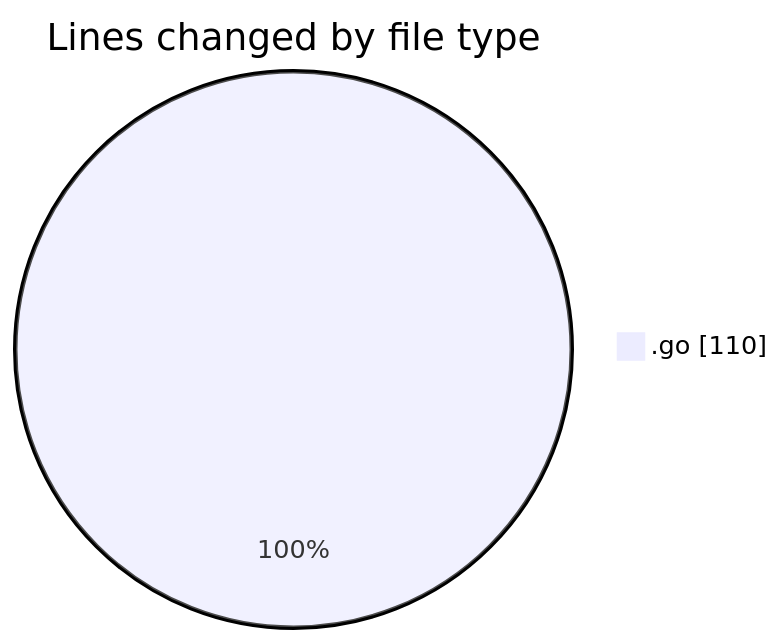
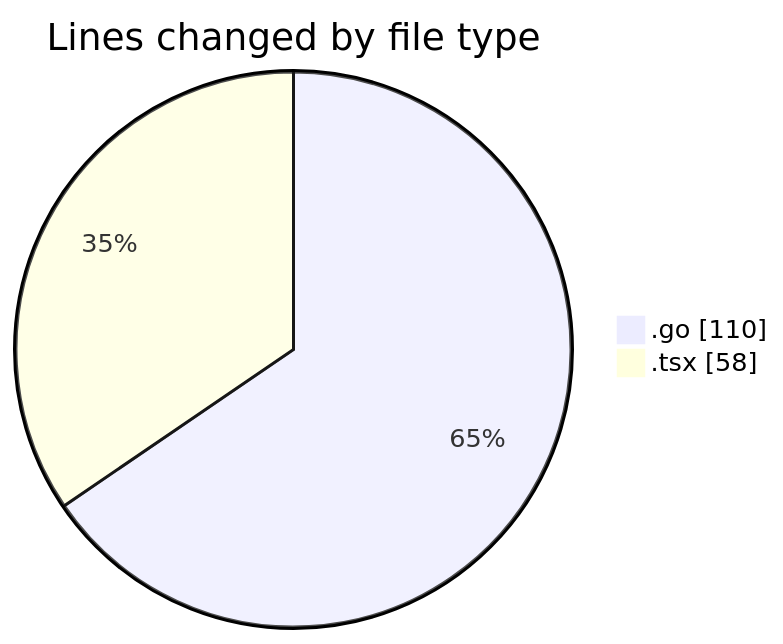
The first of 2 diagrams in 2025-03-11/termonied_testador/README.md (robertbonfada/code-tracking), drawn with Mermaid before and after one commit. The commit also changed other lines of this file and 1 other file, not shown here.

````diff
--- a/2025-03-11/termonied_testador/README.md
+++ b/2025-03-11/termonied_testador/README.md
@@ -20,5 +21,6 @@
 ```mermaid
 pie showData
 title Lines changed by file type
 ".go" : 110
+".tsx" : 58
 ```
````
